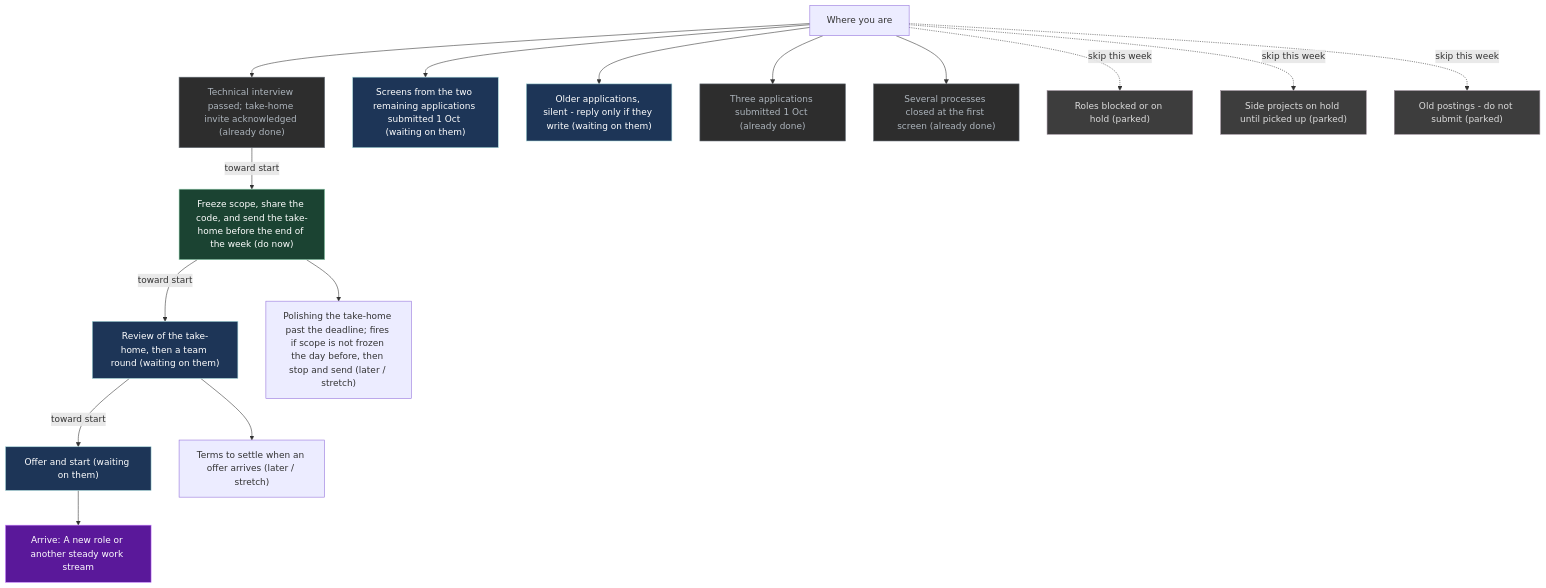
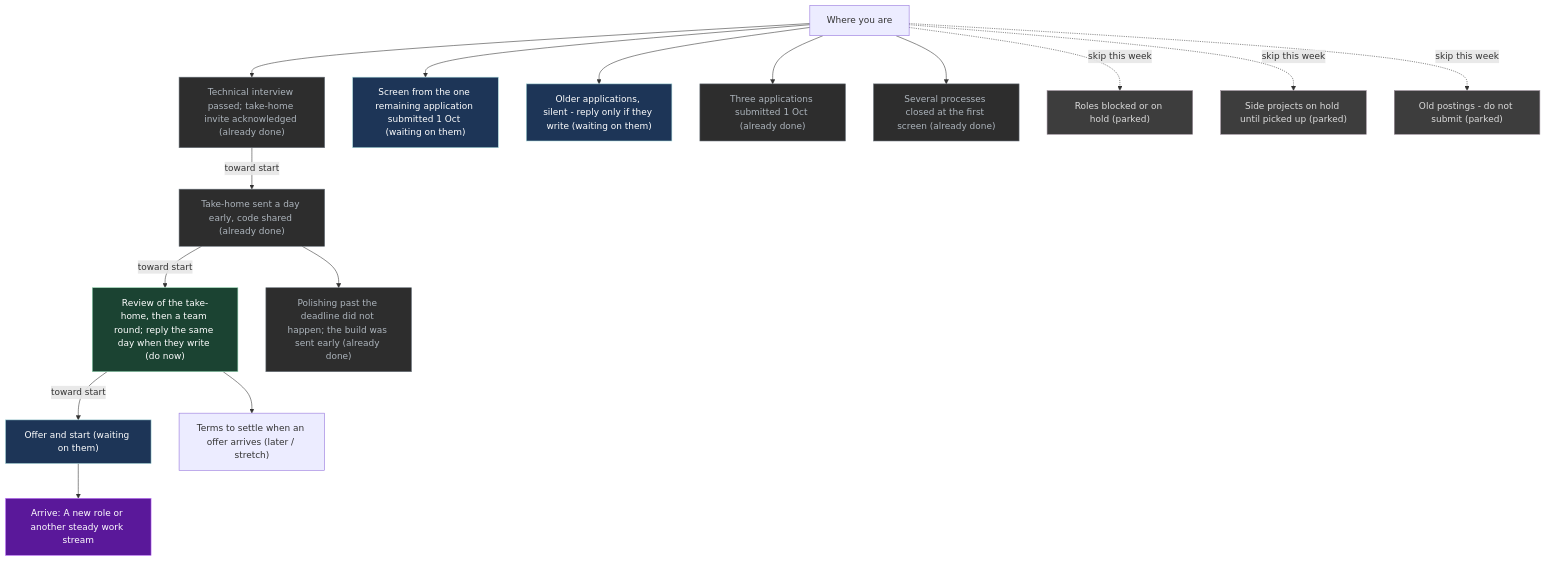
The diagram in UI/Mission.md (p10ns11y/life-os), drawn with Mermaid before and after one commit. The commit also changed other lines of this file, not shown here.

````diff
--- a/UI/Mission.md
+++ b/UI/Mission.md
@@ -68,42 +67,42 @@
 ```mermaid
 flowchart TB
   x["Where you are"]
   G["Arrive: A new role or another steady work stream"]
   S0["Technical interview passed; take-home invite acknowledged (already done)"]
-  S4["Freeze scope, share the code, and send the take-home before the end of the week (do now)"]
-  S4b["Review of the take-home, then a team round (waiting on them)"]
+  S4["Take-home sent a day early, code shared (already done)"]
+  S4b["Review of the take-home, then a team round; reply the same day when they write (do now)"]
   S5["Offer and start (waiting on them)"]
-  S6["Screens from the two remaining applications submitted 1 Oct (waiting on them)"]
+  S6["Screen from the one remaining application submitted 1 Oct (waiting on them)"]
   S1["Older applications, silent - reply only if they write (waiting on them)"]
   R1["Terms to settle when an offer arrives (later / stretch)"]
-  R2["Polishing the take-home past the deadline; fires if scope is not frozen the day before, then stop and send (later / stretch)"]
+  R2["Polishing past the deadline did not happen; the build was sent early (already done)"]
   S3["Three applications submitted 1 Oct (already done)"]
   D1["Several processes closed at the first screen (already done)"]
   P1["Roles blocked or on hold (parked)"]
   P2["Side projects on hold until picked up (parked)"]
   P3["Old postings - do not submit (parked)"]
   x --> S0
   S0 -->|"toward start"| S4
   S4 -->|"toward start"| S4b
   S4b -->|"toward start"| S5
   x --> S6
   x --> S1
   S4b --> R1
   S4 --> R2
   x --> S3
   x --> D1
   x -.->|"skip this week"| P1
   x -.->|"skip this week"| P2
   x -.->|"skip this week"| P3
   S5 --> G
   classDef do fill:#1b4332,stroke:#95d5b2,color:#fff
   classDef wait fill:#1d3557,stroke:#a8dadc,color:#fff
   classDef park fill:#3d3d3d,stroke:#9a8c98,color:#ddd
   classDef done fill:#2d2d2d,stroke:#6c757d,color:#adb5bd
   classDef goal fill:#5a189a,stroke:#c77dff,color:#fff
   class G goal
-  class S4 do
-  class S4b,S5,S6,S1 wait
+  class S4b do
+  class S5,S6,S1 wait
   class P1,P2,P3 park
-  class S0,S3,D1 done
+  class S0,S4,R2,S3,D1 done
 ```
````
